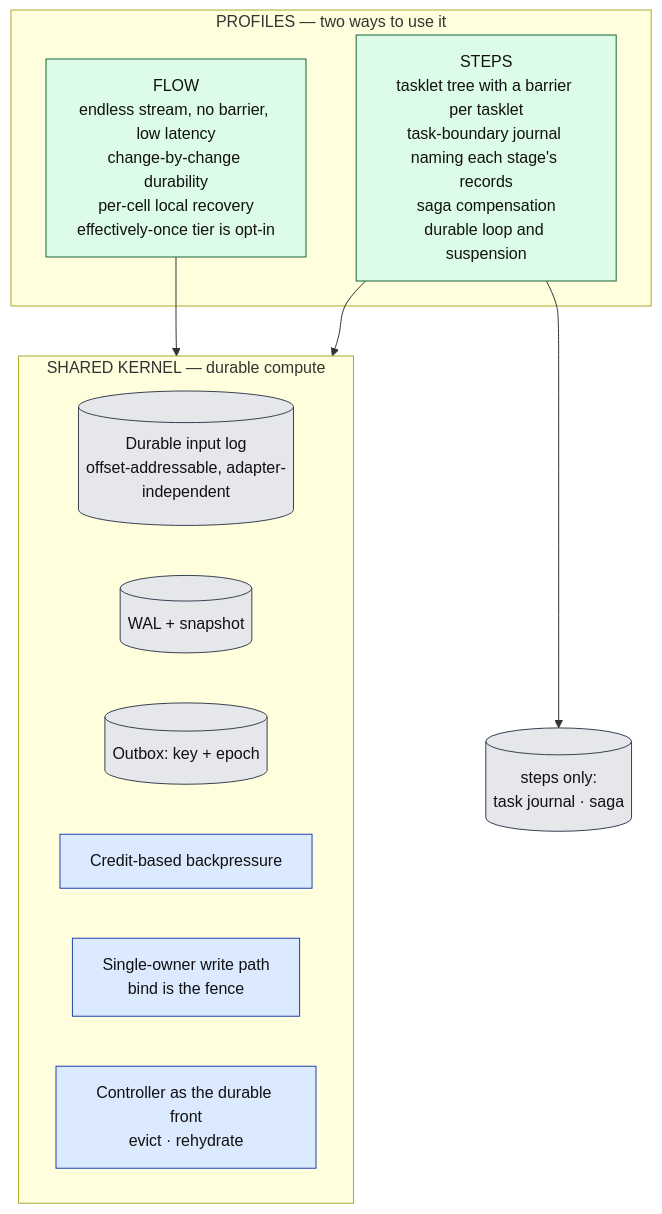
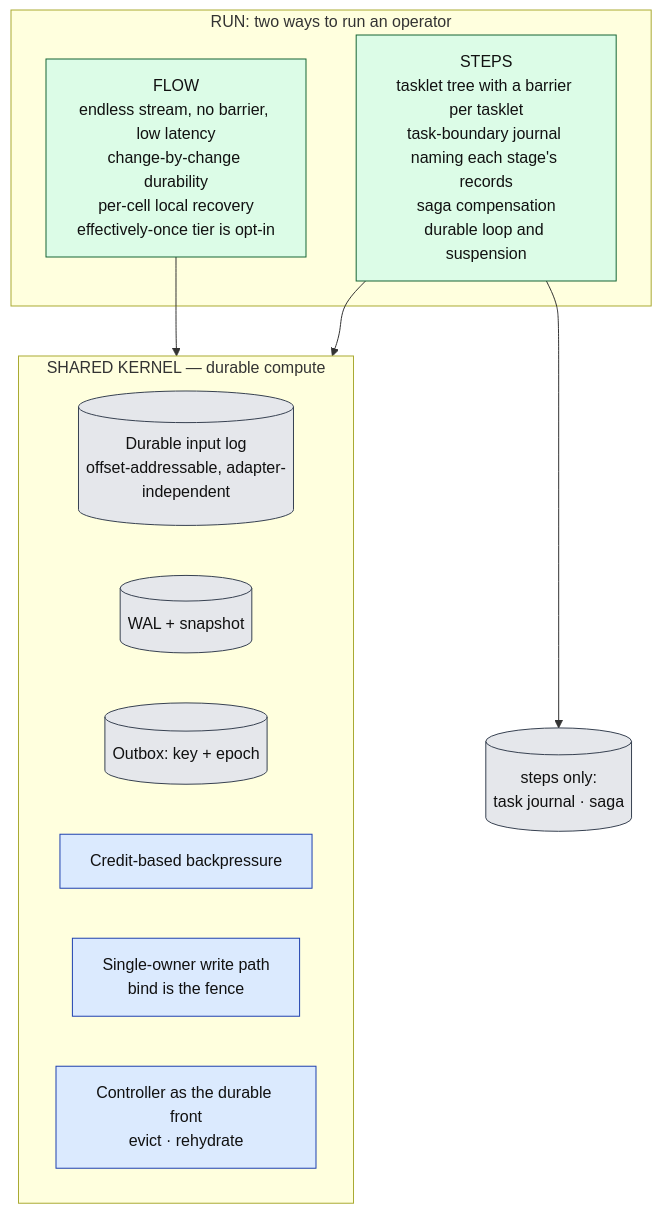
The fifth of 9 diagrams in docs/architecture/README.md (Flezha/flezha), drawn with Mermaid before and after one commit. The commit also changed other lines of this file and 40 other files, not shown here.

````diff
--- a/docs/architecture/README.md
+++ b/docs/architecture/README.md
@@ -236,24 +236,24 @@
 ```mermaid
 flowchart TB
-    subgraph PROF["PROFILES — two ways to use it"]
+    subgraph PROF["RUN: two ways to run an operator"]
         UNB["FLOW<br/>endless stream, no barrier, low latency<br/>change-by-change durability<br/>per-cell local recovery<br/>effectively-once tier is opt-in"]:::exec
         BND["STEPS<br/>tasklet tree with a barrier per tasklet<br/>task-boundary journal naming each stage's records<br/>saga compensation<br/>durable loop and suspension"]:::exec
     end
     subgraph KERN["SHARED KERNEL — durable compute"]
         K1[("Durable input log<br/>offset-addressable, adapter-independent")]:::store
         K2[("WAL + snapshot")]:::store
         K3[("Outbox: key + epoch")]:::store
         K4["Credit-based backpressure"]:::ctrl
         K5["Single-owner write path<br/>bind is the fence"]:::ctrl
         K6["Controller as the durable front<br/>evict · rehydrate"]:::ctrl
     end
     BEXTRA[("steps only:<br/>task journal · saga")]:::store
 
     UNB --> KERN
     BND --> KERN
     BND --> BEXTRA
 
     classDef ctrl fill:#dbeafe,stroke:#1e40af,color:#111
     classDef exec fill:#dcfce7,stroke:#166534,color:#111
     classDef store fill:#e5e7eb,stroke:#374151,color:#111
 ```
````
